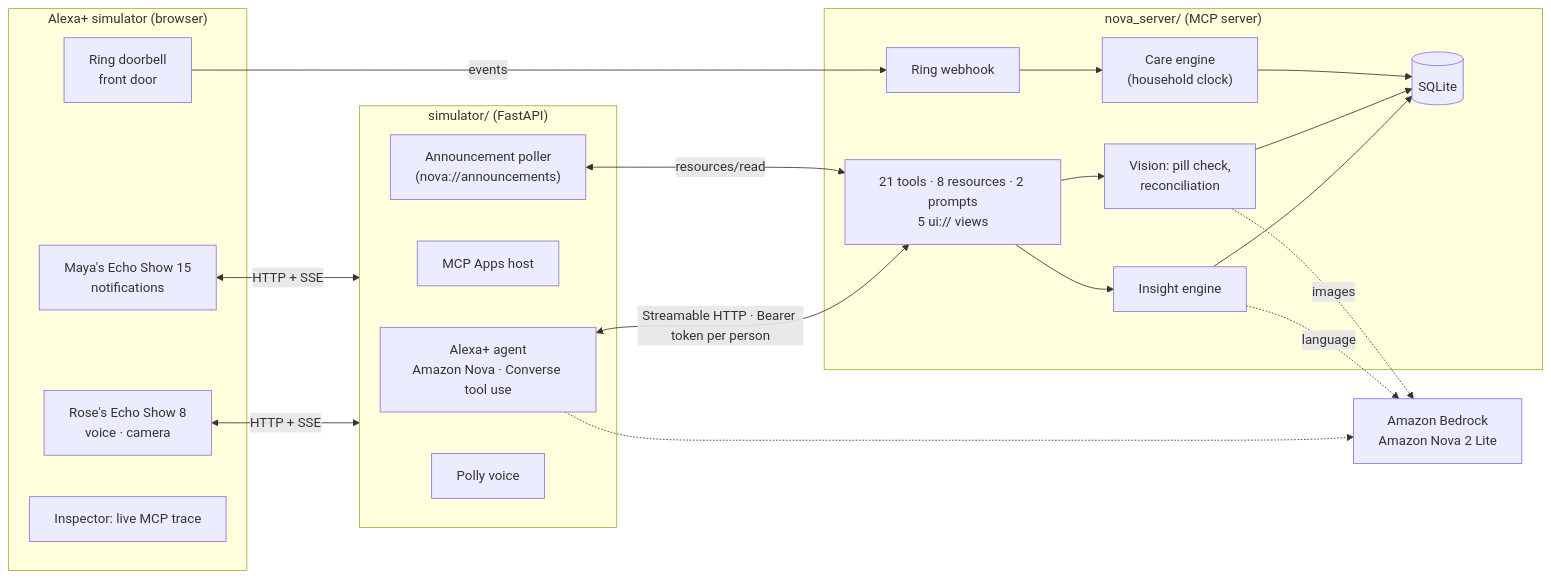
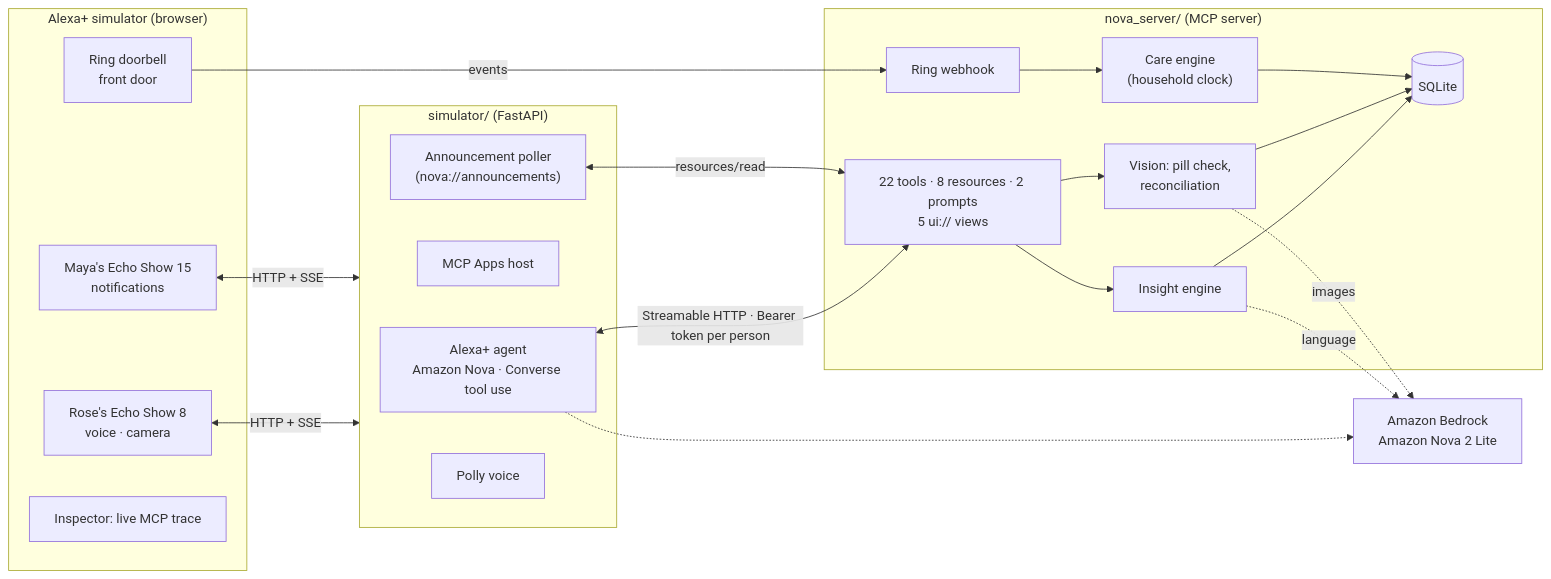
Before and after one commit to Dakshhhhh-ops/nova: the diagram in README.md, drawn with Mermaid. The commit also changed other lines of this file and 1 other file, not shown here.

Commit message:
Docs: refills, demo recorder; Agent Skill covers v2 tools and announcements

````diff
--- a/README.md
+++ b/README.md
@@ -75,33 +76,33 @@
 ```mermaid
 flowchart LR
   subgraph Browser["Alexa+ simulator (browser)"]
     R["Rose's Echo Show 8<br/>voice · camera"]
     D["Ring doorbell<br/>front door"]
     M["Maya's Echo Show 15<br/>notifications"]
     I["Inspector: live MCP trace"]
   end
   subgraph Sim["simulator/ (FastAPI)"]
     A["Alexa+ agent<br/>Amazon Nova · Converse tool use"]
     H["MCP Apps host"]
     P["Announcement poller<br/>(nova://announcements)"]
     V["Polly voice"]
   end
   subgraph Nova["nova_server/ (MCP server)"]
-    T["21 tools · 8 resources · 2 prompts<br/>5 ui:// views"]
+    T["22 tools · 8 resources · 2 prompts<br/>5 ui:// views"]
     E["Care engine<br/>(household clock)"]
     X["Insight engine"]
     S["Vision: pill check,<br/>reconciliation"]
     W["Ring webhook"]
     DB[("SQLite")]
   end
   R & M <-->|HTTP + SSE| Sim
   D -->|events| W
   A <-->|"Streamable HTTP · Bearer token per person"| T
   P <-->|resources/read| T
   T --> X & S --> DB
   E --> DB
   W --> E
   X -.->|language| BR["Amazon Bedrock<br/>Amazon Nova 2 Lite"]
   S -.->|images| BR
   A -.-> BR
 ```
````
